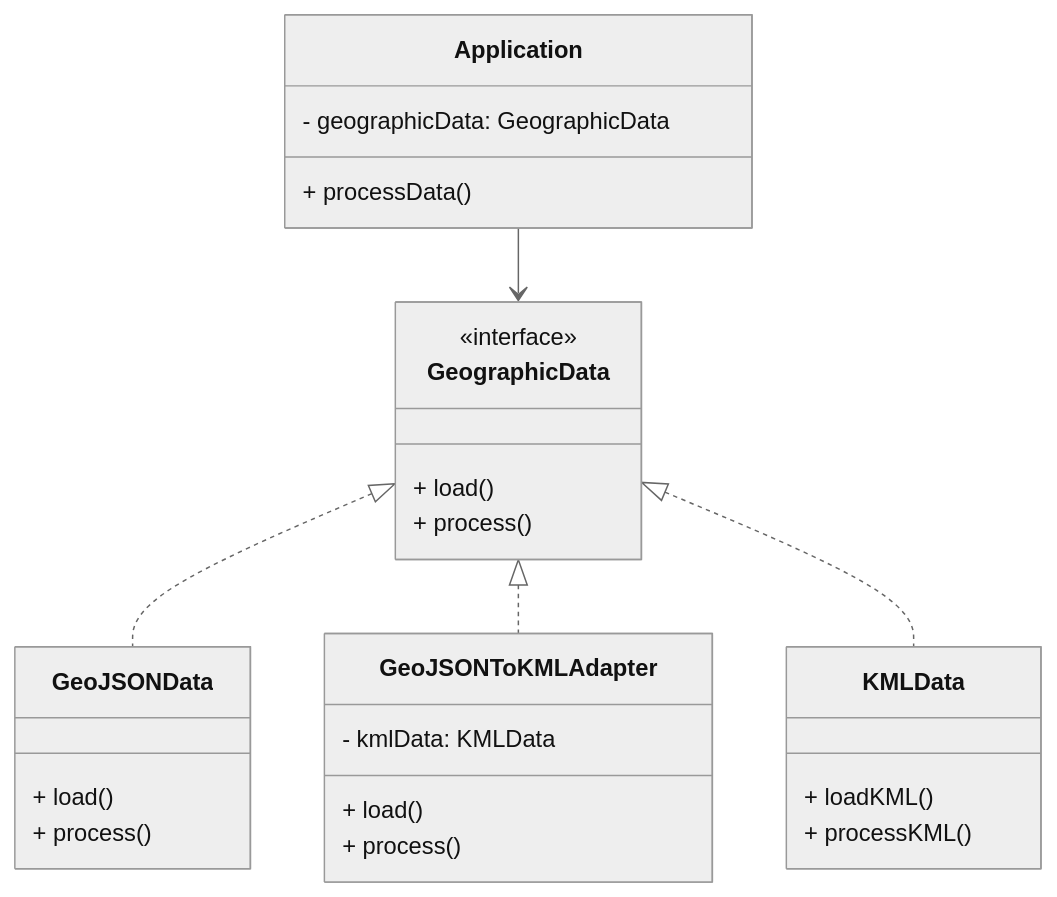
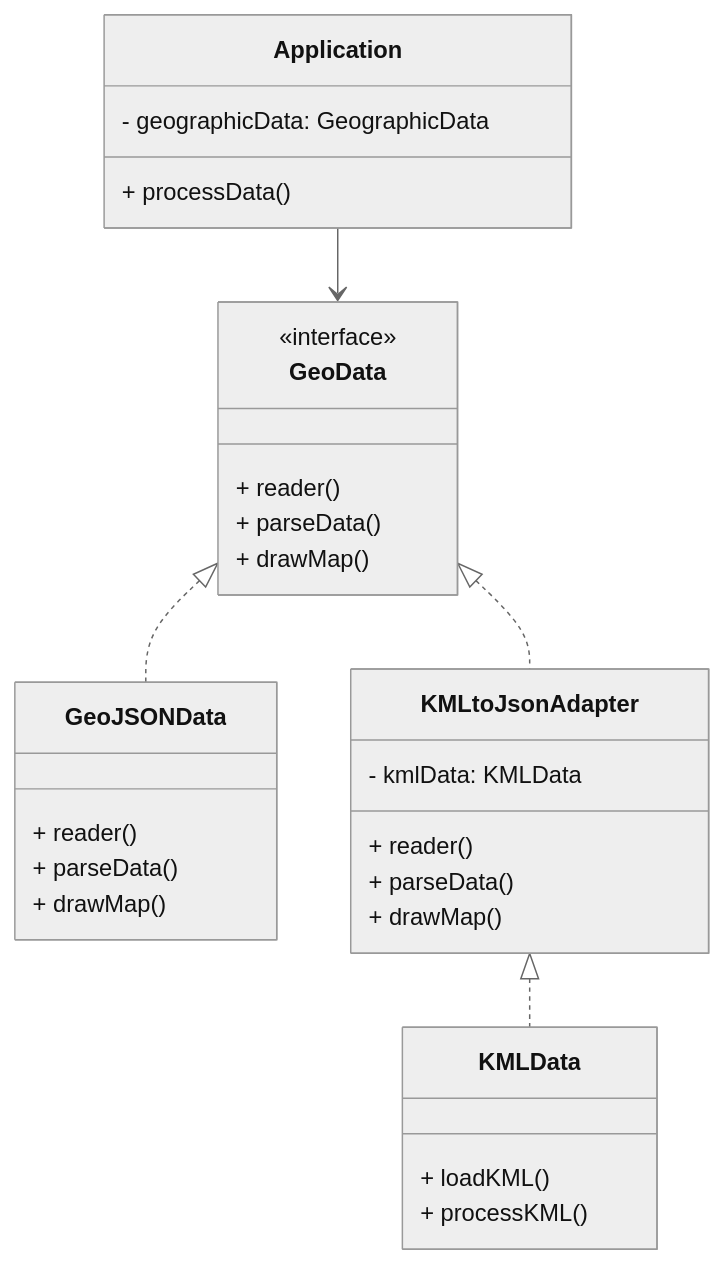
One commit to angelmendezunisabana/Diplomado_a_s_g6 changed the fourth of 4 diagrams in README.md. Above: the diagram before and after it, drawn with Mermaid (neutral theme).

Commit message:
Actualiación diagrama UML caso 4

````diff
--- a/README.md
+++ b/README.md
@@ -117,32 +117,35 @@
 ```mermaid
 classDiagram
-    class GeographicData {
+    class GeoData {
 	    <<interface>>
-        + load()
-        + process()
+        + reader()
+        + parseData()
+        + drawMap()
     }
     class GeoJSONData {
-        + load()
-        + process()
+        + reader()
+        + parseData()
+        + drawMap()
     }
     class KMLData {
         + loadKML()
         + processKML()
     }
-    class GeoJSONToKMLAdapter {
+    class KMLtoJsonAdapter {
         - kmlData: KMLData
-        + load()
-        + process()
+        + reader()
+        + parseData()
+        + drawMap()
     }
     class Application {
         - geographicData: GeographicData
         + processData()
     }
 
-    GeographicData <|.. GeoJSONData
-    GeographicData <|.. GeoJSONToKMLAdapter
-    GeographicData <|.. KMLData
+    GeoData <|.. GeoJSONData
+    GeoData <|.. KMLtoJsonAdapter
+    KMLtoJsonAdapter <|.. KMLData
 
-    Application --> GeographicData
+    Application --> GeoData
 
 ```
````
